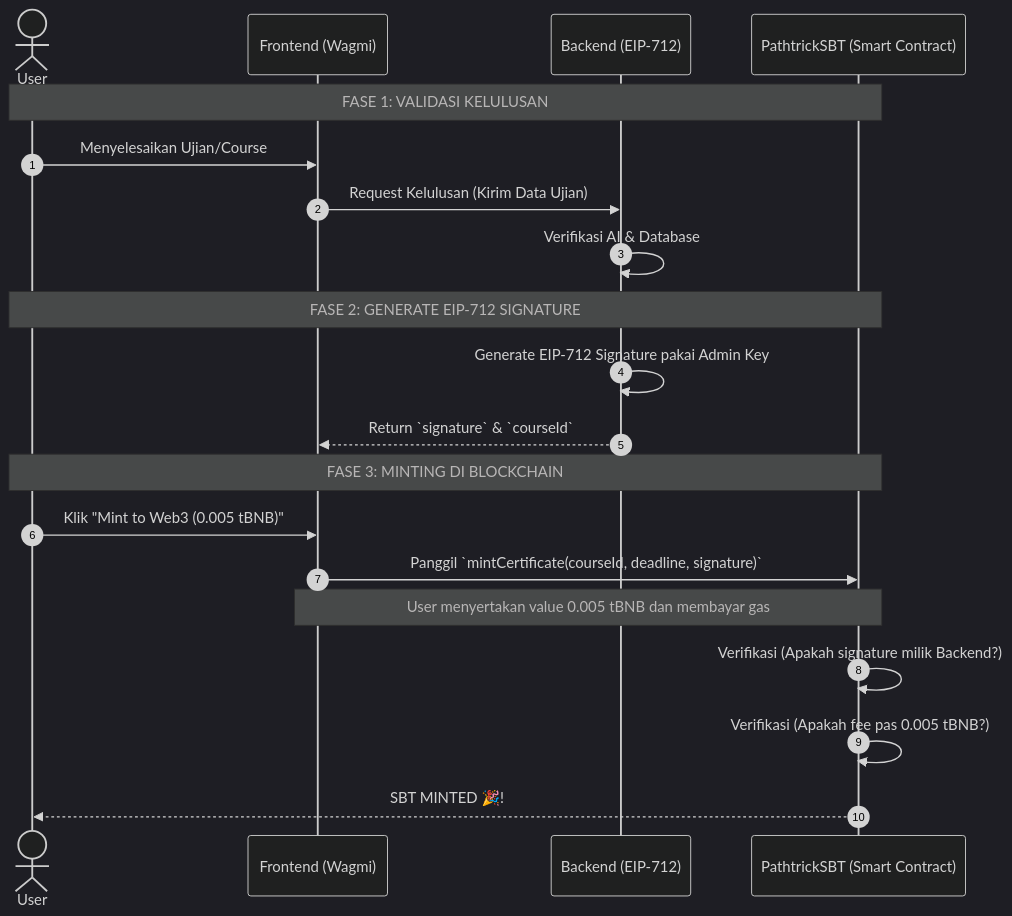
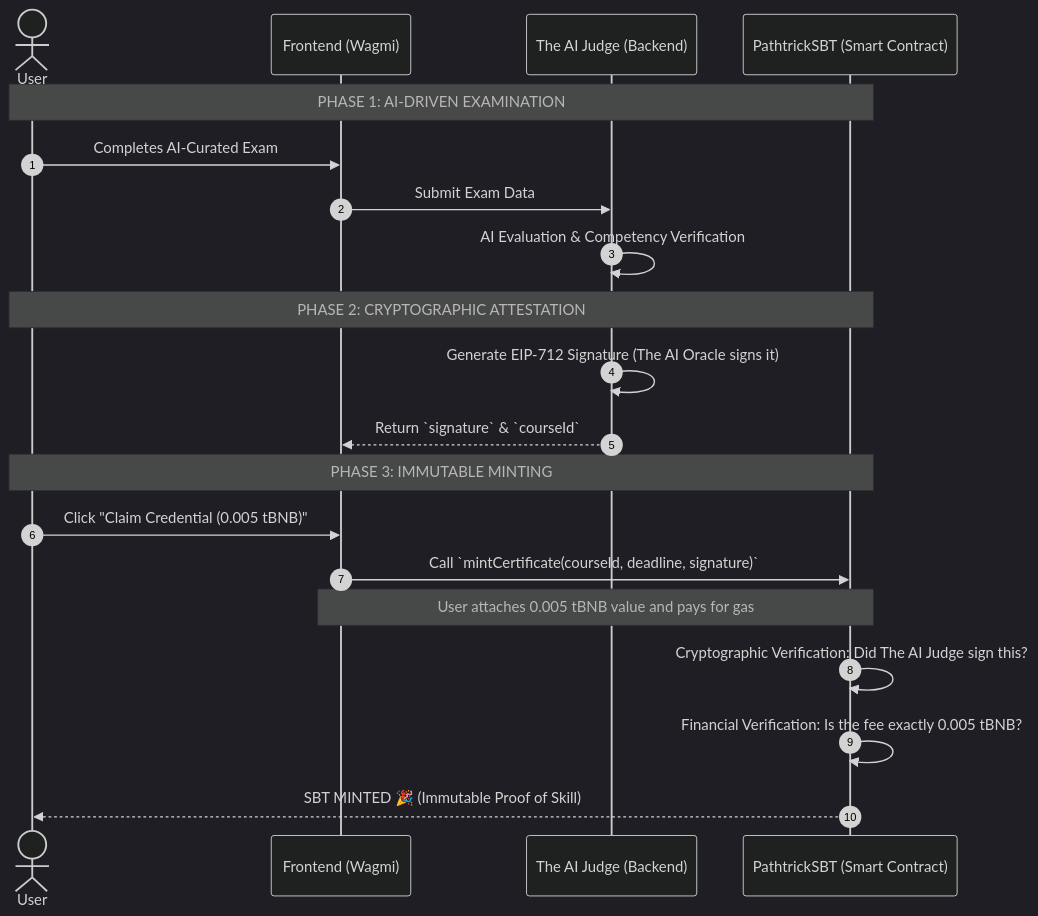
Before and after one commit to westoryyyy/PathTrick: the diagram in smart-contract/README.md, drawn with Mermaid (dark theme). The commit also changed other lines of this file, not shown here.

````diff
--- a/smart-contract/README.md
+++ b/smart-contract/README.md
@@ -35,25 +54,25 @@
 ```mermaid
 sequenceDiagram
     autonumber
     actor User
     participant Frontend as Frontend (Wagmi)
-    participant Backend as Backend (EIP-712)
+    participant AIJudge as The AI Judge (Backend)
     participant SC as PathtrickSBT (Smart Contract)
 
-    Note over User, SC: FASE 1: VALIDASI KELULUSAN
-    User->>Frontend: Menyelesaikan Ujian/Course
-    Frontend->>Backend: Request Kelulusan (Kirim Data Ujian)
-    Backend->>Backend: Verifikasi AI & Database
+    Note over User, SC: PHASE 1: AI-DRIVEN EXAMINATION
+    User->>Frontend: Completes AI-Curated Exam
+    Frontend->>AIJudge: Submit Exam Data
+    AIJudge->>AIJudge: AI Evaluation & Competency Verification
     
-    Note over User, SC: FASE 2: GENERATE EIP-712 SIGNATURE
-    Backend->>Backend: Generate EIP-712 Signature pakai Admin Key
-    Backend-->>Frontend: Return `signature` & `courseId`
+    Note over User, SC: PHASE 2: CRYPTOGRAPHIC ATTESTATION
+    AIJudge->>AIJudge: Generate EIP-712 Signature (The AI Oracle signs it)
+    AIJudge-->>Frontend: Return `signature` & `courseId`
     
-    Note over User, SC: FASE 3: MINTING DI BLOCKCHAIN
-    User->>Frontend: Klik "Mint to Web3 (0.005 tBNB)"
-    Frontend->>SC: Panggil `mintCertificate(courseId, deadline, signature)`
-    Note over Frontend, SC: User menyertakan value 0.005 tBNB dan membayar gas
-    SC->>SC: Verifikasi (Apakah signature milik Backend?)
-    SC->>SC: Verifikasi (Apakah fee pas 0.005 tBNB?)
-    SC-->>User: SBT MINTED 🎉!
+    Note over User, SC: PHASE 3: IMMUTABLE MINTING
+    User->>Frontend: Click "Claim Credential (0.005 tBNB)"
+    Frontend->>SC: Call `mintCertificate(courseId, deadline, signature)`
+    Note over Frontend, SC: User attaches 0.005 tBNB value and pays for gas
+    SC->>SC: Cryptographic Verification: Did The AI Judge sign this?
+    SC->>SC: Financial Verification: Is the fee exactly 0.005 tBNB?
+    SC-->>User: SBT MINTED 🎉 (Immutable Proof of Skill)
 ```
````
